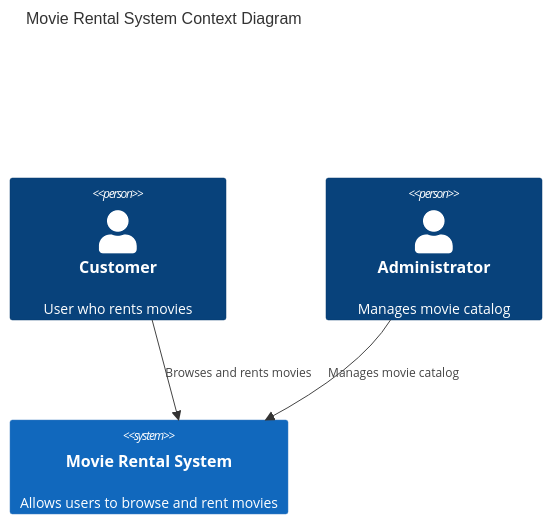
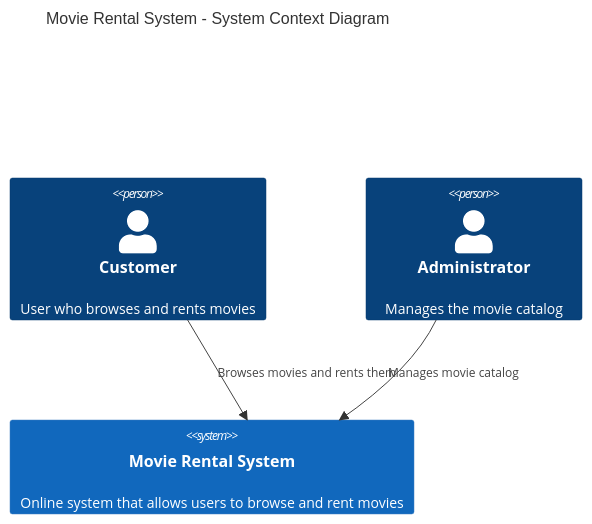
The first of 3 diagrams in ARCHITECTURE.md (ThaakirahA/movie-rental-system), drawn with Mermaid before and after one commit. The commit also changed other lines of this file, not shown here.

````diff
--- a/ARCHITECTURE.md
+++ b/ARCHITECTURE.md
@@ -27,12 +53,13 @@
 ```mermaid
 C4Context
-title Movie Rental System Context Diagram
+title Movie Rental System - System Context Diagram
 
-Person(customer, "Customer", "User who rents movies")
-Person(admin, "Administrator", "Manages movie catalog")
+Person(customer, "Customer", "User who browses and rents movies")
+Person(admin, "Administrator", "Manages the movie catalog")
 
-System(movieSystem, "Movie Rental System", "Allows users to browse and rent movies")
+System(movieSystem, "Movie Rental System", "Online system that allows users to browse and rent movies")
 
-Rel(customer, movieSystem, "Browses and rents movies")
+Rel(customer, movieSystem, "Browses movies and rents them")
+
 Rel(admin, movieSystem, "Manages movie catalog")
 ```
````
